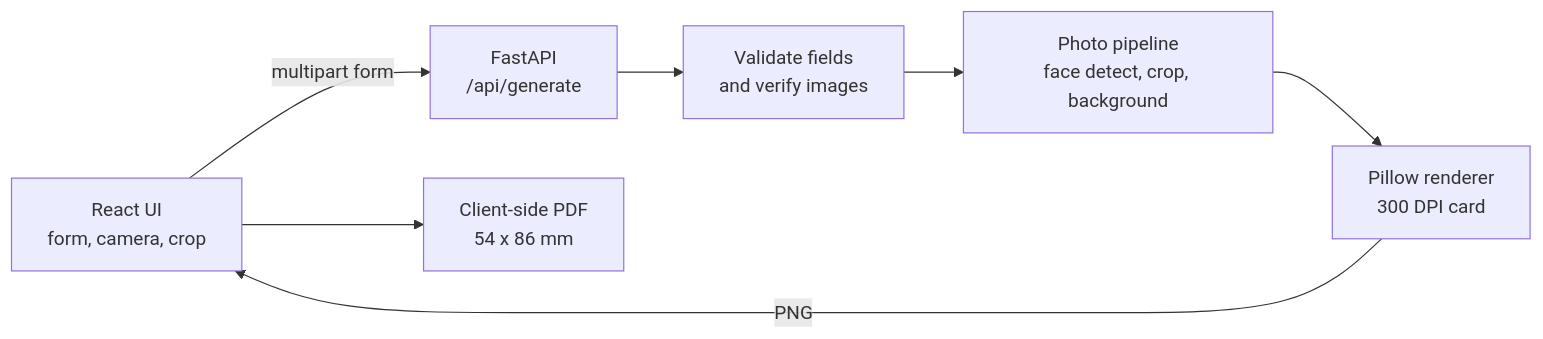
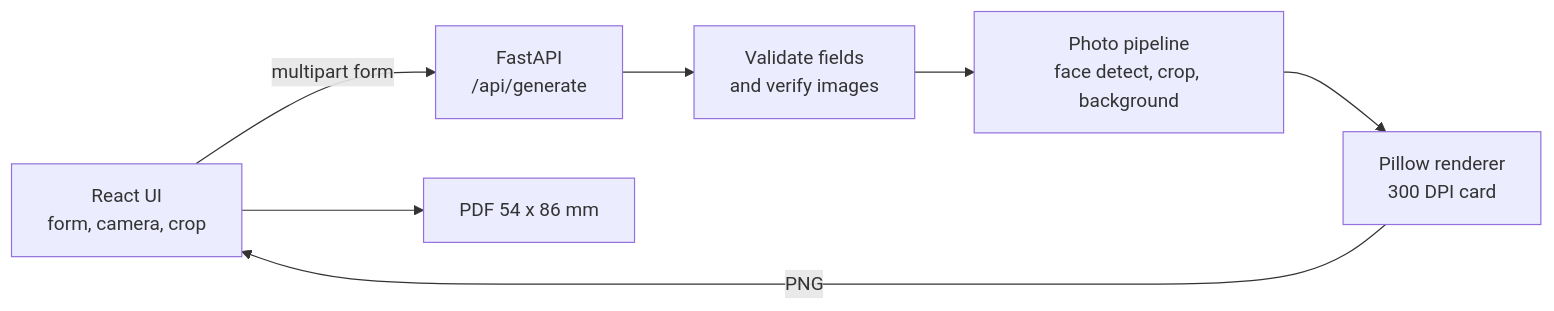
Before and after one commit to jiyanshuj/Kardivo: the diagram in README.md, drawn with Mermaid. The commit also changed other lines of this file, not shown here.

````diff
--- a/README.md
+++ b/README.md
@@ -62,9 +57,9 @@
 ```mermaid
 flowchart LR
     A[React UI<br/>form, camera, crop] -- multipart form --> B[FastAPI<br/>/api/generate]
     B --> C[Validate fields<br/>and verify images]
     C --> D[Photo pipeline<br/>face detect, crop, background]
     D --> E[Pillow renderer<br/>300 DPI card]
     E -- PNG --> A
-    A --> F[Client-side PDF<br/>54 x 86 mm]
+    A --> F[PDF 54 x 86 mm]
 ```
````
